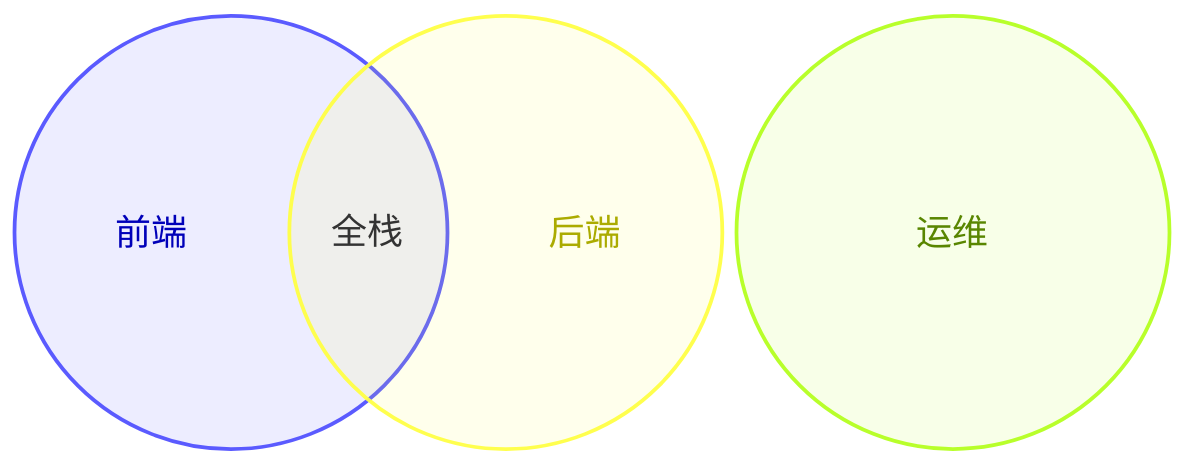
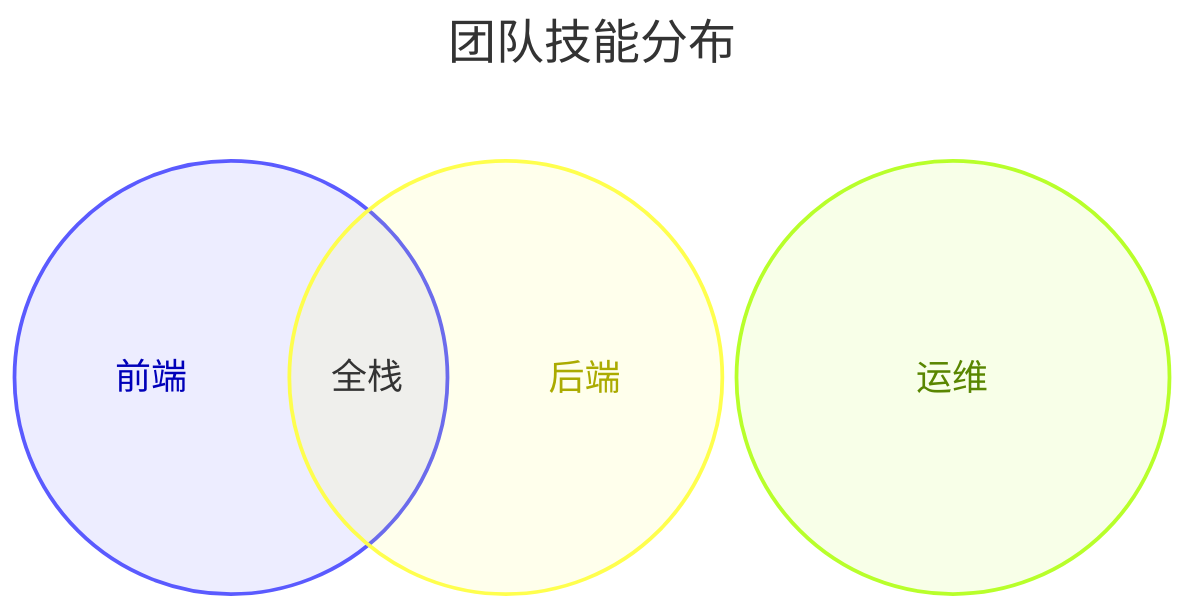
Before and after one commit to huang-hee/diagram-kit: the sixth of 7 diagrams in references/types-data.md, drawn with Mermaid. The commit also changed other lines of this file and 248 other files, not shown here.

First line of the commit message:
feat: 示例按统一风格重做，补齐 42 张 drawio 整图示例，默认工具改为 drawio

````diff
--- a/references/types-data.md
+++ b/references/types-data.md
@@ -353,7 +353,10 @@
 ```mermaid
+---
+title: 团队技能分布
+---
 venn-beta
   set A["前端"]
   set B["后端"]
   set C["运维"]
   union A,B["全栈"]
 ```
````
